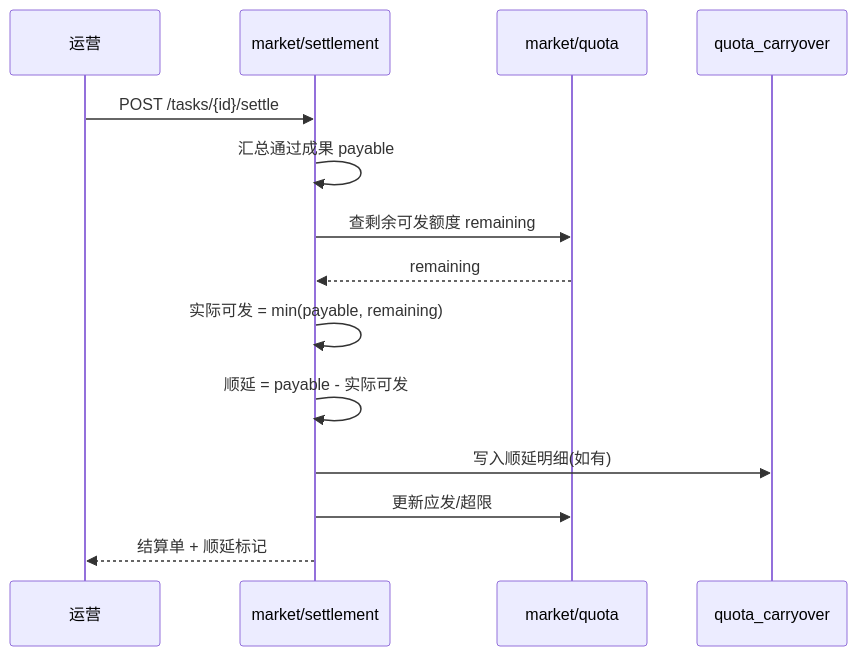
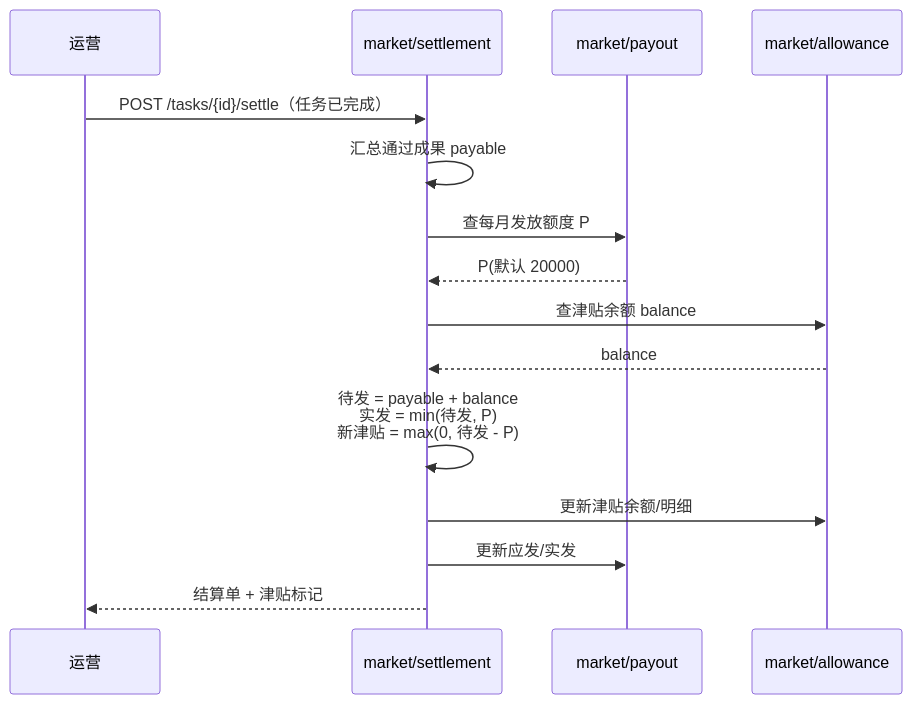
One commit to Echo-Note/FastapiAdmin changed the ninth of 10 diagrams in docs/03-流程与状态流转.md. Above: the diagram before and after it, drawn with Mermaid. The commit also changed other lines of this file and 2 other files, not shown here.

````diff
--- a/docs/03-流程与状态流转.md
+++ b/docs/03-流程与状态流转.md
@@ -184,16 +190,17 @@
 ```mermaid
 sequenceDiagram
     participant O as 运营
     participant ST as market/settlement
-    participant Q as market/quota
-    participant C as quota_carryover
-    O->>ST: POST /tasks/{id}/settle
+    participant P as market/payout
+    participant AL as market/allowance
+    O->>ST: POST /tasks/{id}/settle（任务已完成）
     ST->>ST: 汇总通过成果 payable
-    ST->>Q: 查剩余可发额度 remaining
-    Q-->>ST: remaining
-    ST->>ST: 实际可发 = min(payable, remaining)
-    ST->>ST: 顺延 = payable - 实际可发
-    ST->>C: 写入顺延明细(如有)
-    ST->>Q: 更新应发/超限
-    ST-->>O: 结算单 + 顺延标记
+    ST->>P: 查每月发放额度 P
+    P-->>ST: P(默认 20000)
+    ST->>AL: 查津贴余额 balance
+    AL-->>ST: balance
+    ST->>ST: 待发 = payable + balance<br/>实发 = min(待发, P)<br/>新津贴 = max(0, 待发 - P)
+    ST->>AL: 更新津贴余额/明细
+    ST->>P: 更新应发/实发
+    ST-->>O: 结算单 + 津贴标记
 ```
````
